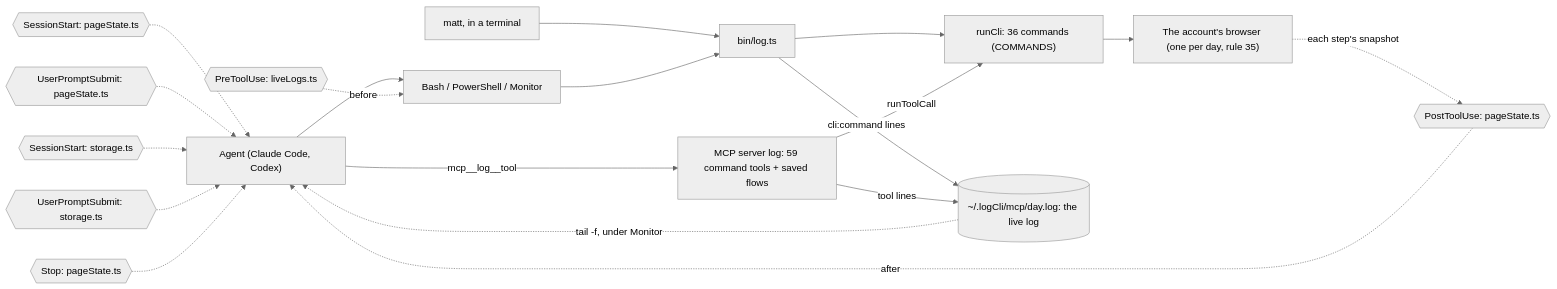
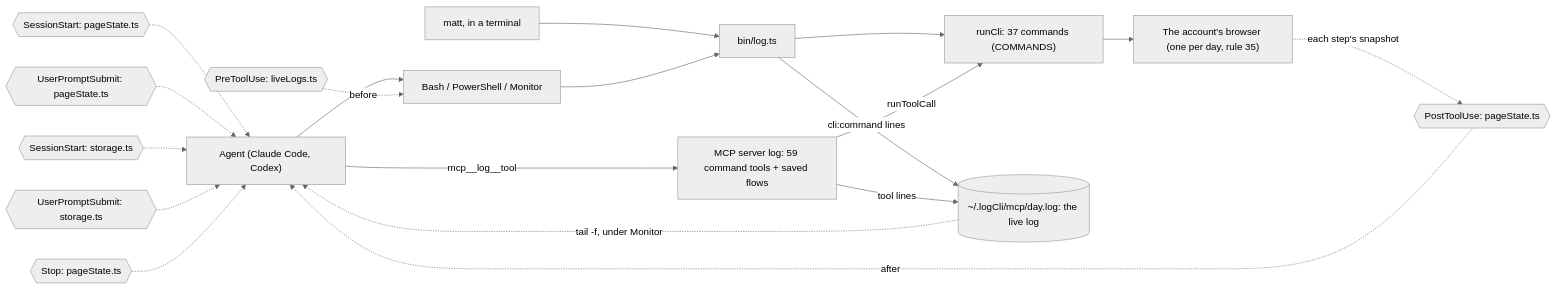
The second of 5 diagrams in README.md (matthewdonsemail-lab/log), drawn with Mermaid (neutral theme) before and after one commit. The commit also changed other lines of this file and 19 other files, not shown here.

````diff
--- a/README.md
+++ b/README.md
@@ -87,29 +87,29 @@
 ```mermaid
 flowchart LR
   agent["Agent (Claude Code, Codex)"]
   matt["matt, in a terminal"]
   shell["Bash / PowerShell / Monitor"]
   mcp["MCP server log: 59 command tools + saved flows"]
   bin["bin/log.ts"]
-  runCli["runCli: 36 commands (COMMANDS)"]
+  runCli["runCli: 37 commands (COMMANDS)"]
   live[("~/.logCli/mcp/day.log: the live log")]
   browser["The account's browser (one per day, rule 35)"]
   agent --> shell
   matt --> bin
   shell --> bin
   agent -->|mcp__log__tool| mcp
   bin --> runCli
   mcp -->|runToolCall| runCli
   runCli --> browser
   bin -->|cli:command lines| live
   mcp -->|tool lines| live
   live -.->|tail -f, under Monitor| agent
   pre0{{"PreToolUse: liveLogs.ts"}} -.->|before| shell
   post0{{"PostToolUse: pageState.ts"}} -.->|after| agent
   turn0{{"SessionStart: pageState.ts"}} -.-> agent
   turn1{{"UserPromptSubmit: pageState.ts"}} -.-> agent
   turn2{{"SessionStart: storage.ts"}} -.-> agent
   turn3{{"UserPromptSubmit: storage.ts"}} -.-> agent
   turn4{{"Stop: pageState.ts"}} -.-> agent
   browser -.->|each step's snapshot| post0
 ```
````
